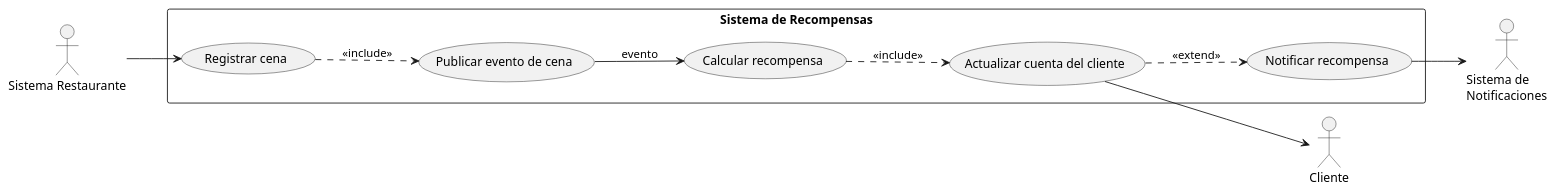
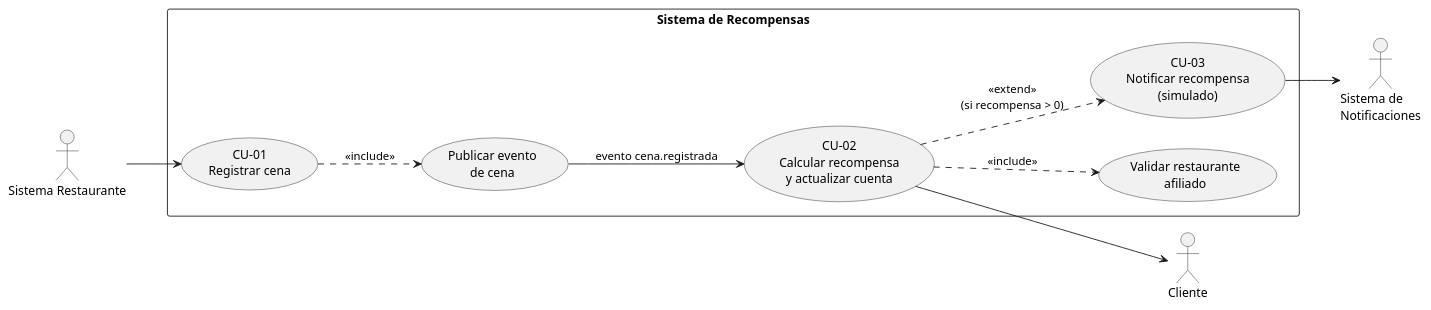
Before and after one commit to seo-onion/Lab8-Software: the first of 4 diagrams in DESIGN.md, drawn with PlantUML. The commit also changed other lines of this file, not shown here.

````diff
--- a/DESIGN.md
+++ b/DESIGN.md
@@ -106,26 +106,26 @@
 ```plantuml
 @startuml
 left to right direction
 skinparam packageStyle rectangle
 
 actor "Sistema Restaurante" as Rest
 actor "Cliente" as Cli
 actor "Sistema de\nNotificaciones" as Notif
 
 rectangle "Sistema de Recompensas" {
-  usecase "Registrar cena" as UC1
-  usecase "Publicar evento de cena" as UC2
-  usecase "Calcular recompensa" as UC3
-  usecase "Actualizar cuenta del cliente" as UC4
-  usecase "Notificar recompensa" as UC5
+  usecase "CU-01\nRegistrar cena" as UC1
+  usecase "Publicar evento\nde cena" as UC2
+  usecase "CU-02\nCalcular recompensa\ny actualizar cuenta" as UC3
+  usecase "Validar restaurante\nafiliado" as UC4
+  usecase "CU-03\nNotificar recompensa\n(simulado)" as UC5
 }
 
 Rest --> UC1
 UC1 ..> UC2 : <<include>>
-UC2 --> UC3 : evento
+UC2 --> UC3 : evento cena.registrada
 UC3 ..> UC4 : <<include>>
-UC4 ..> UC5 : <<extend>>
+UC3 ..> UC5 : <<extend>>\n(si recompensa > 0)
 UC5 --> Notif
-UC4 --> Cli
+UC3 --> Cli
 @enduml
 ```
````
